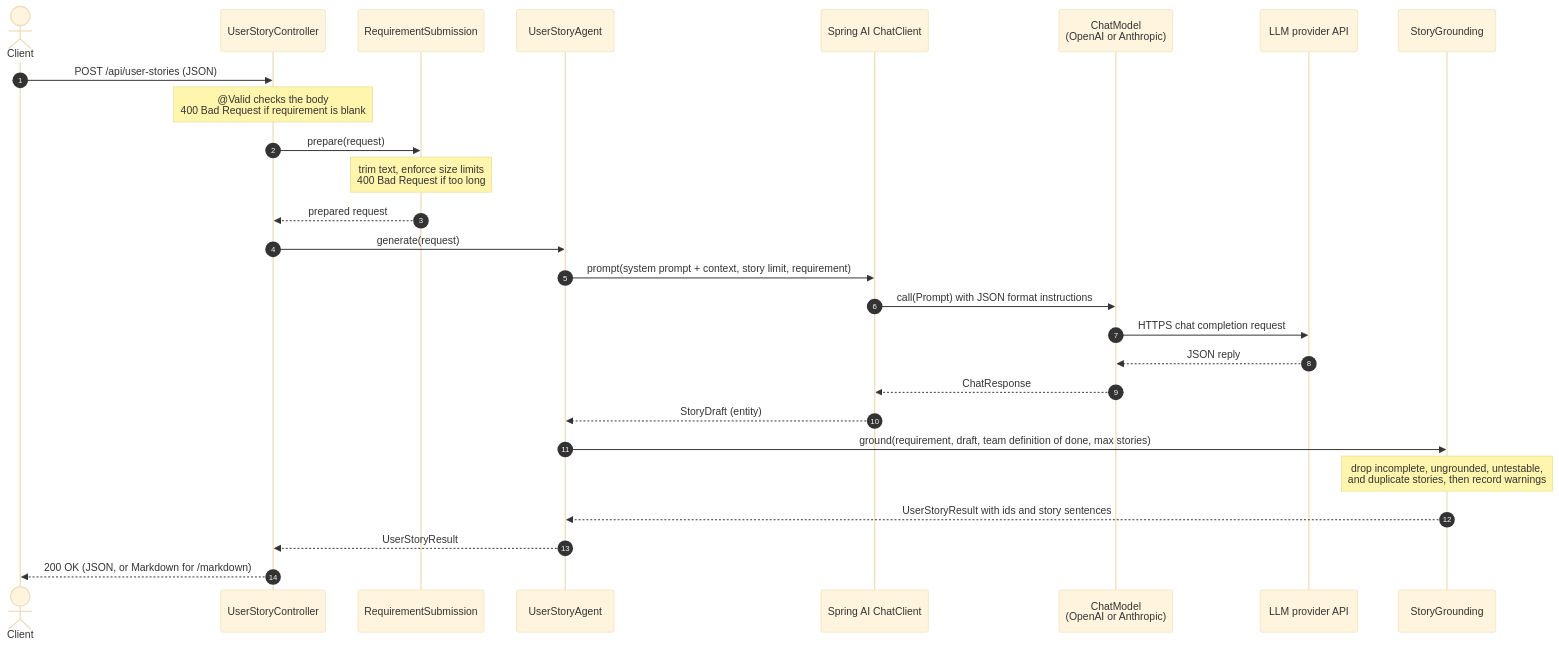
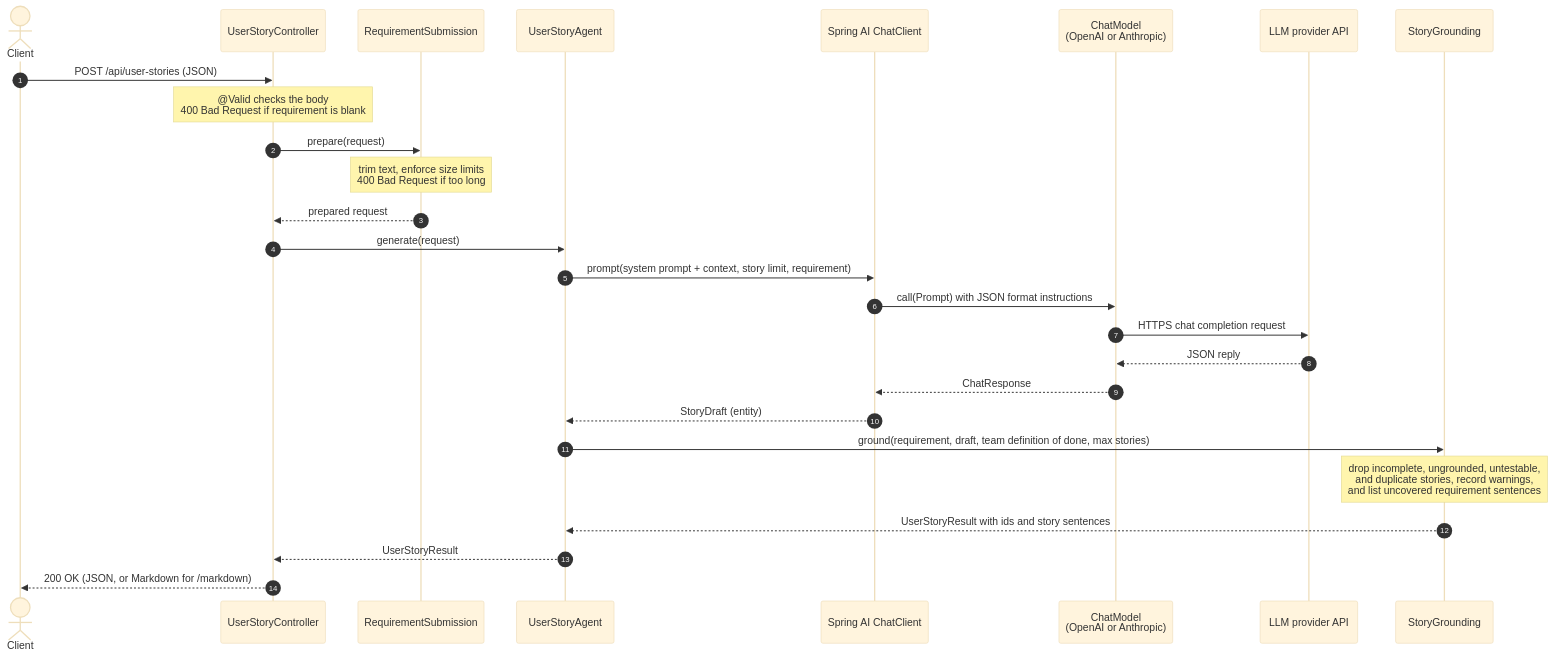
Before and after one commit to tufangorel/spring-boot-ai-sdlc-requirements-agent: the diagram in README.md, drawn with Mermaid (base theme). The commit also changed other lines of this file, not shown here.

First line of the commit message:
Document the requirement coverage check in the README

````diff
--- a/README.md
+++ b/README.md
@@ -79,30 +83,30 @@
 ```mermaid
 sequenceDiagram
     autonumber
     actor Client
     participant Controller as UserStoryController
     participant Submission as RequirementSubmission
     participant Agent as UserStoryAgent
     participant ChatClient as Spring AI ChatClient
     participant Model as ChatModel<br/>(OpenAI or Anthropic)
     participant LLM as LLM provider API
     participant Grounding as StoryGrounding
 
     Client->>Controller: POST /api/user-stories (JSON)
     Note over Controller: @Valid checks the body<br/>400 Bad Request if requirement is blank
     Controller->>Submission: prepare(request)
     Note over Submission: trim text, enforce size limits<br/>400 Bad Request if too long
     Submission-->>Controller: prepared request
     Controller->>Agent: generate(request)
     Agent->>ChatClient: prompt(system prompt + context, story limit, requirement)
     ChatClient->>Model: call(Prompt) with JSON format instructions
     Model->>LLM: HTTPS chat completion request
     LLM-->>Model: JSON reply
     Model-->>ChatClient: ChatResponse
     ChatClient-->>Agent: StoryDraft (entity)
     Agent->>Grounding: ground(requirement, draft, team definition of done, max stories)
-    Note over Grounding: drop incomplete, ungrounded, untestable,<br/>and duplicate stories, then record warnings
+    Note over Grounding: drop incomplete, ungrounded, untestable,<br/>and duplicate stories, record warnings,<br/>and list uncovered requirement sentences
     Grounding-->>Agent: UserStoryResult with ids and story sentences
     Agent-->>Controller: UserStoryResult
     Controller-->>Client: 200 OK (JSON, or Markdown for /markdown)
 ```
````
